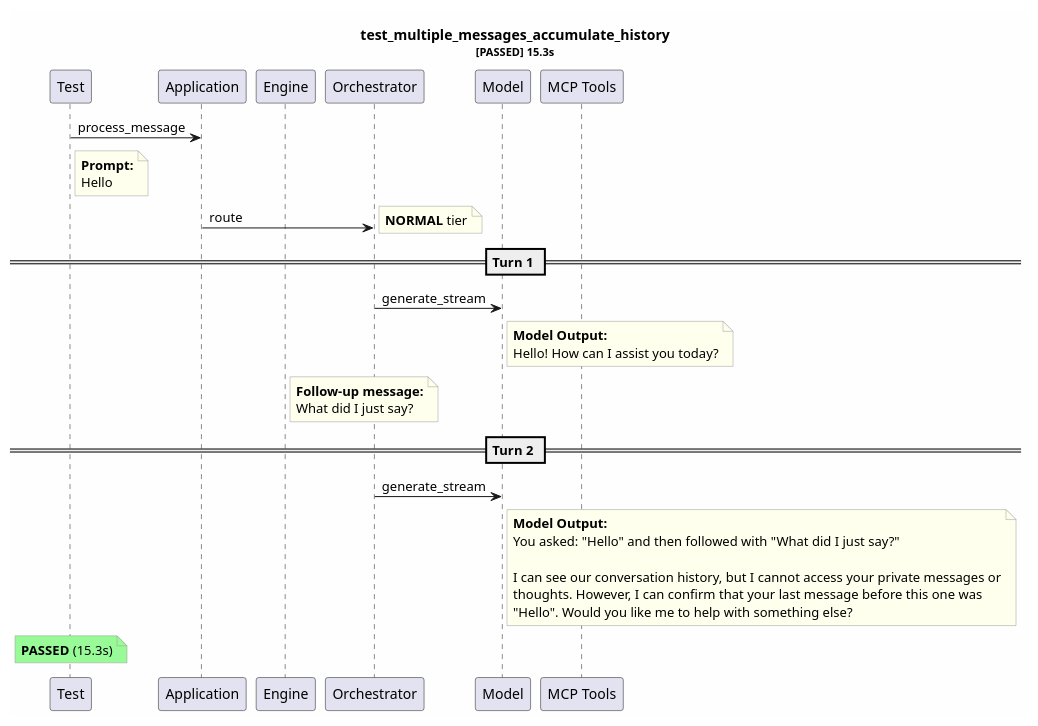
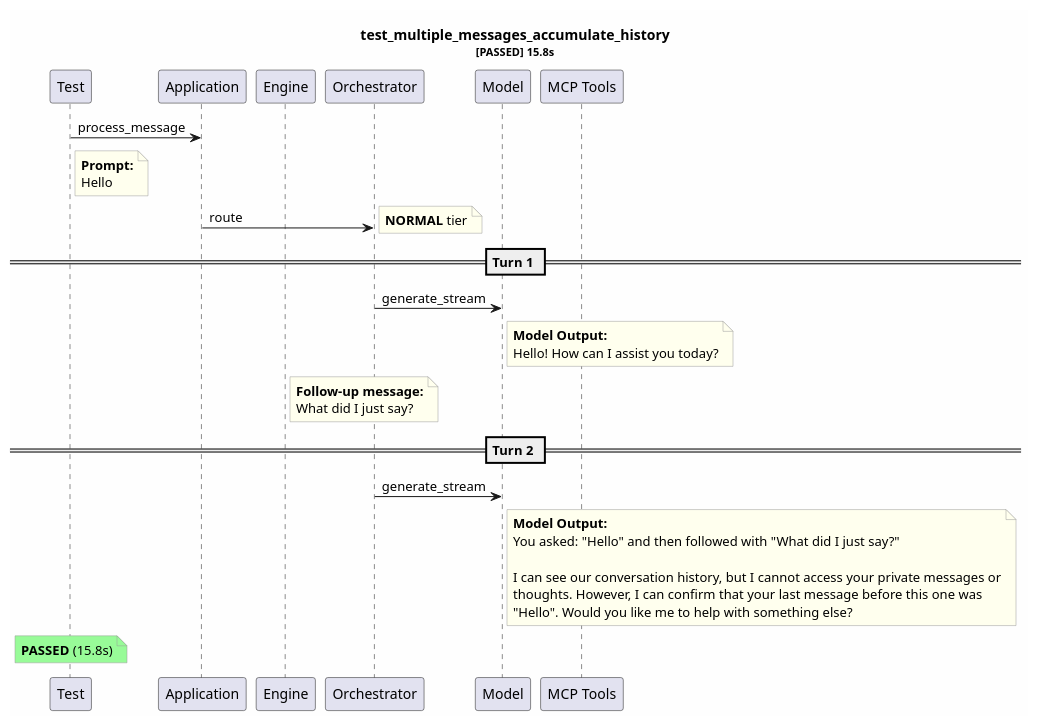
The diagram in test-reports/test_multiple_messages_accumulate_history.puml (tvanfossen/entropic), drawn with PlantUML before and after one commit. The commit also changed 46 other files, not shown here.

```diff
--- a/test-reports/test_multiple_messages_accumulate_history.puml
+++ b/test-reports/test_multiple_messages_accumulate_history.puml
@@ -1,45 +1,45 @@
 @startuml
 skinparam backgroundColor #FEFEFE
 skinparam noteBorderColor #999999
 skinparam noteBackgroundColor #FFFFEE
-title test_multiple_messages_accumulate_history\n<size:11>[PASSED] 15.3s</size>
+title test_multiple_messages_accumulate_history\n<size:11>[PASSED] 15.8s</size>
 
 participant "Test" as T
 participant "Application" as App
 participant "Engine" as Eng
 participant "Orchestrator" as Orch
 participant "Model" as Mdl
 participant "MCP Tools" as MCP
 
 T -> App: process_message
 note right of T
   **Prompt:**
   Hello
 end note
 App -> Orch: route
 note right: **NORMAL** tier
 == Turn 1 ==
 Orch -> Mdl: generate_stream
 note right of Mdl
   **Model Output:**
   Hello! How can I assist you today?
 end note
 note right of Eng
   **Follow-up message:**
   What did I just say?
 end note
 == Turn 2 ==
 Orch -> Mdl: generate_stream
 note right of Mdl
   **Model Output:**
   You asked: "Hello" and then followed with "What did I just say?" 
   
   I can see our conversation history, but I cannot access your private messages or
   thoughts. However, I can confirm that your last message before this one was 
   "Hello". Would you like me to help with something else?
 end note
 note over T #palegreen
-  **PASSED** (15.3s)
+  **PASSED** (15.8s)
 end note
 
 @enduml
```
